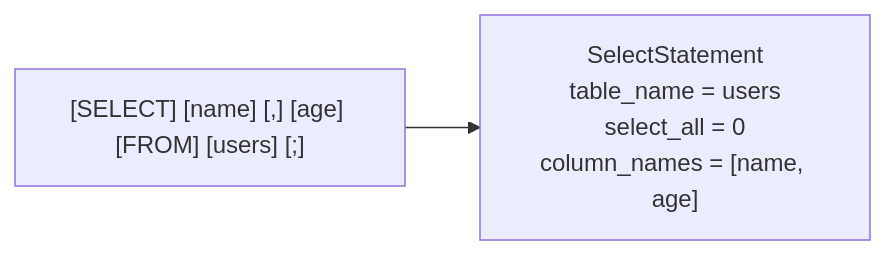
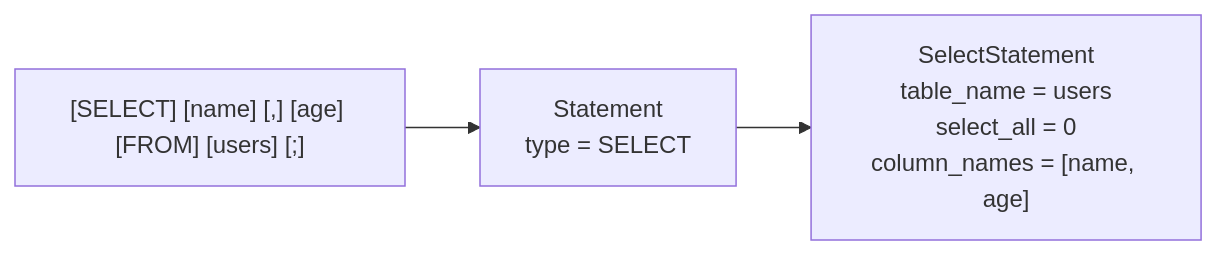
The fourth of 13 diagrams in README.md (Jungle-12-303/week6-team5-sql), drawn with Mermaid before and after one commit. The commit also changed other lines of this file and 1 other file, not shown here.

````diff
--- a/README.md
+++ b/README.md
@@ -59,4 +59,5 @@
 ```mermaid
 flowchart LR
-    A["[SELECT] [name] [,] [age] [FROM] [users] [;]"] --> B["SelectStatement<br/>table_name = users<br/>select_all = 0<br/>column_names = [name, age]"]
+    A["[SELECT] [name] [,] [age] [FROM] [users] [;]"] --> B["Statement<br/>type = SELECT"]
+    B --> C["SelectStatement<br/>table_name = users<br/>select_all = 0<br/>column_names = [name, age]"]
 ```
````
